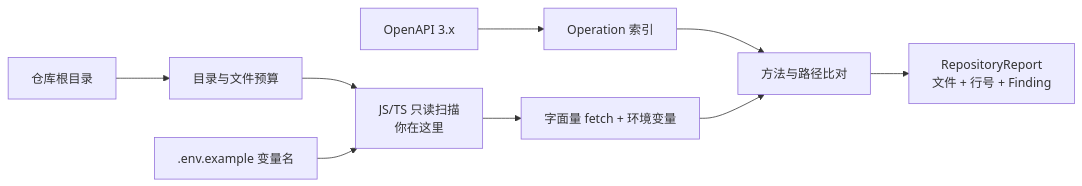
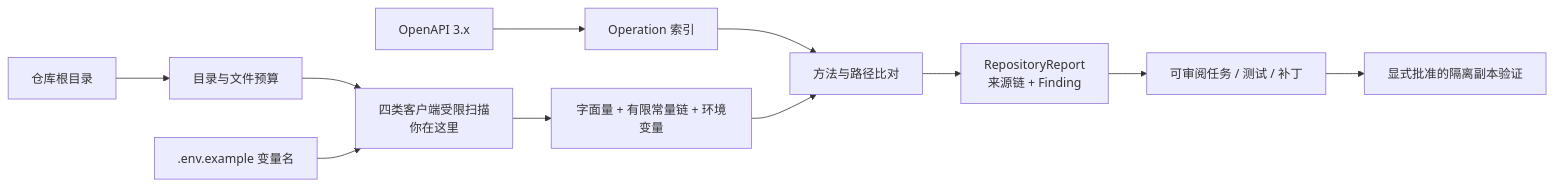
The first of 3 diagrams in docs/architecture.md (LarryBUPT/A-Pidoc), drawn with Mermaid before and after one commit. The commit also changed other lines of this file and 15 other files, not shown here.

````diff
--- a/docs/architecture.md
+++ b/docs/architecture.md
@@ -35,11 +35,13 @@
 ```mermaid
 flowchart LR
     A[仓库根目录] --> B[目录与文件预算]
-    B --> C[JS/TS 只读扫描<br/>你在这里]
+    B --> C[四类客户端受限扫描<br/>你在这里]
     D[OpenAPI 3.x] --> E[Operation 索引]
     F[.env.example 变量名] --> C
-    C --> G[字面量 fetch + 环境变量]
+    C --> G[字面量 + 有限常量链 + 环境变量]
     E --> H[方法与路径比对]
     G --> H
-    H --> I[RepositoryReport<br/>文件 + 行号 + Finding]
+    H --> I[RepositoryReport<br/>来源链 + Finding]
+    I --> J[可审阅任务 / 测试 / 补丁]
+    J --> K[显式批准的隔离副本验证]
 ```
````
